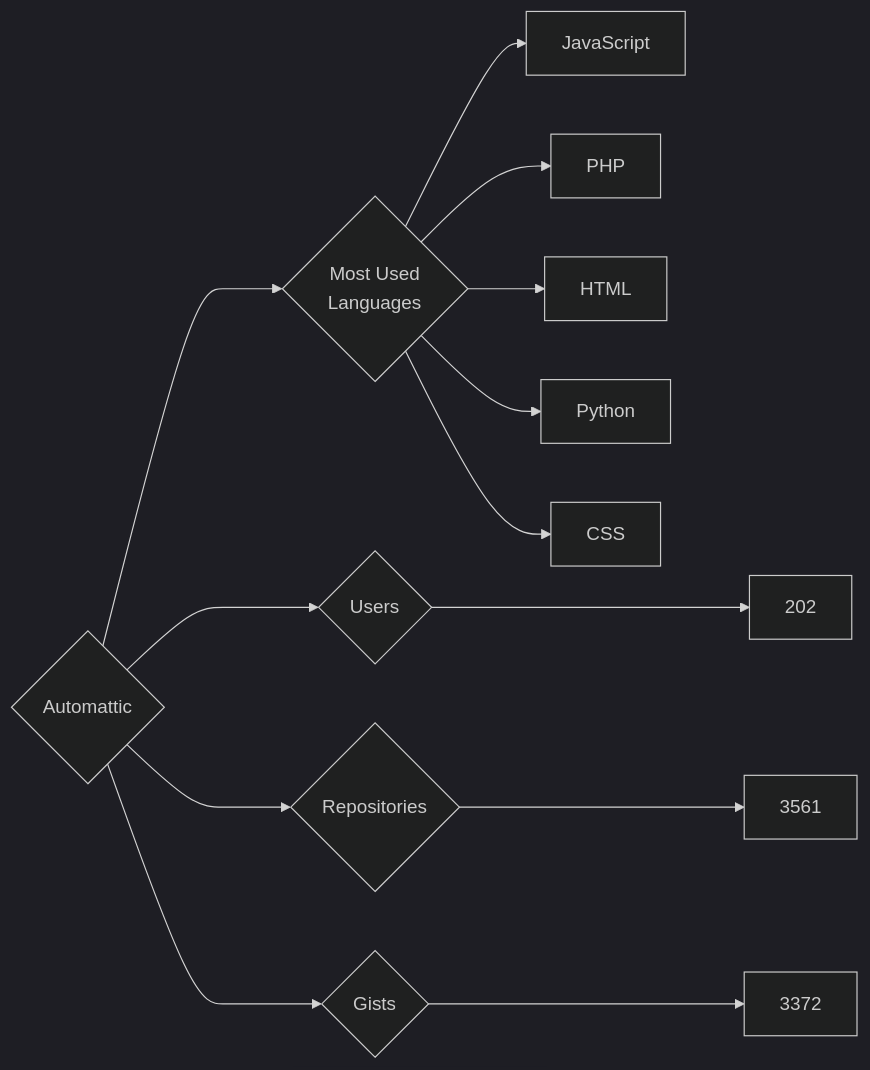
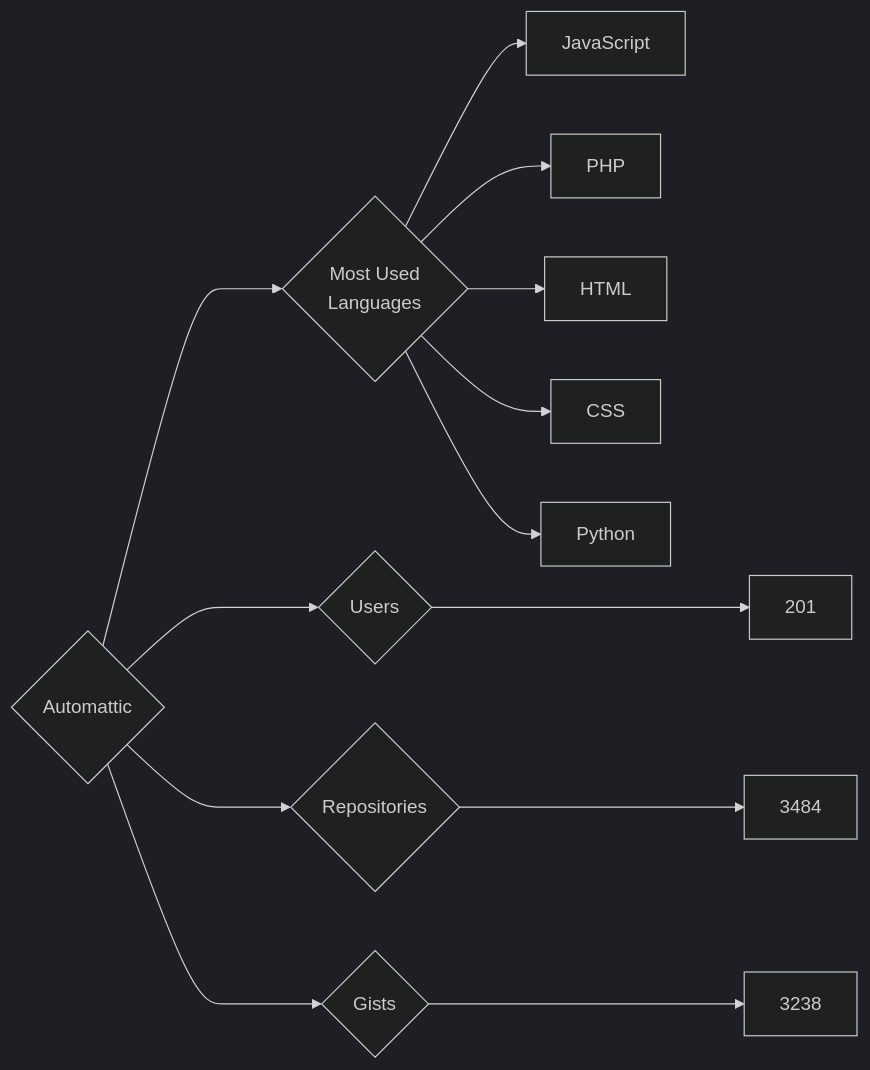
The diagram in targets/Automattic/README.md (trickest/insiders), drawn with Mermaid (dark theme) before and after one commit. The commit also changed 782 other files, not shown here.

````diff
--- a/targets/Automattic/README.md
+++ b/targets/Automattic/README.md
@@ -3,13 +3,13 @@
 ```mermaid
 graph LR
 COMPANY_NAME{Automattic}
-COMPANY_NAME ---> U{Users} ---> UN[202]
-COMPANY_NAME ---> R{Repositories} ---> RN[3561]
-COMPANY_NAME ---> G{Gists} ---> GN[3372]
+COMPANY_NAME ---> U{Users} ---> UN[201]
+COMPANY_NAME ---> R{Repositories} ---> RN[3484]
+COMPANY_NAME ---> G{Gists} ---> GN[3238]
 COMPANY_NAME ---> ML{Most Used<br>Languages}
 ML --> JavaScript[JavaScript]
 ML --> PHP[PHP]
 ML --> HTML[HTML]
+ML --> CSS[CSS]
 ML --> Python[Python]
-ML --> CSS[CSS]
 ```
````
